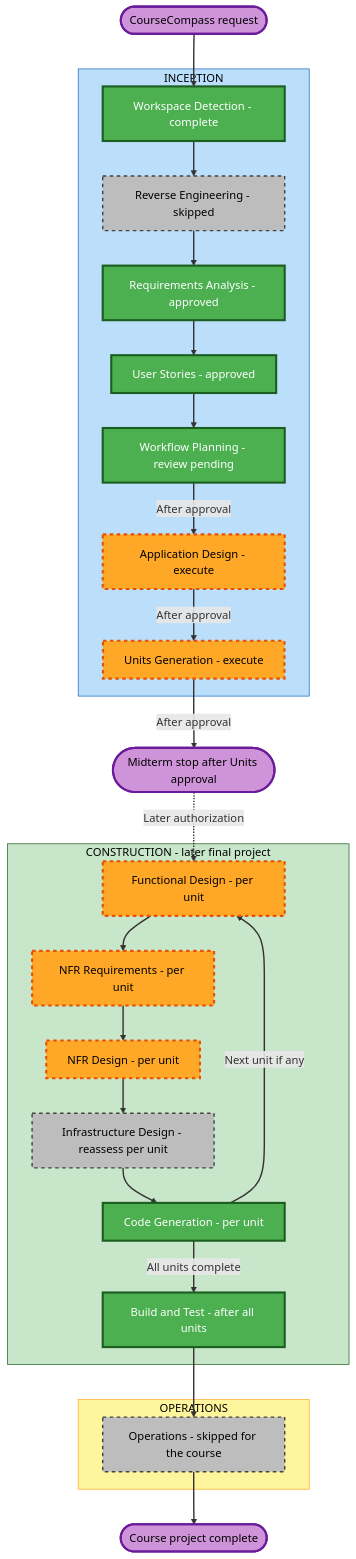
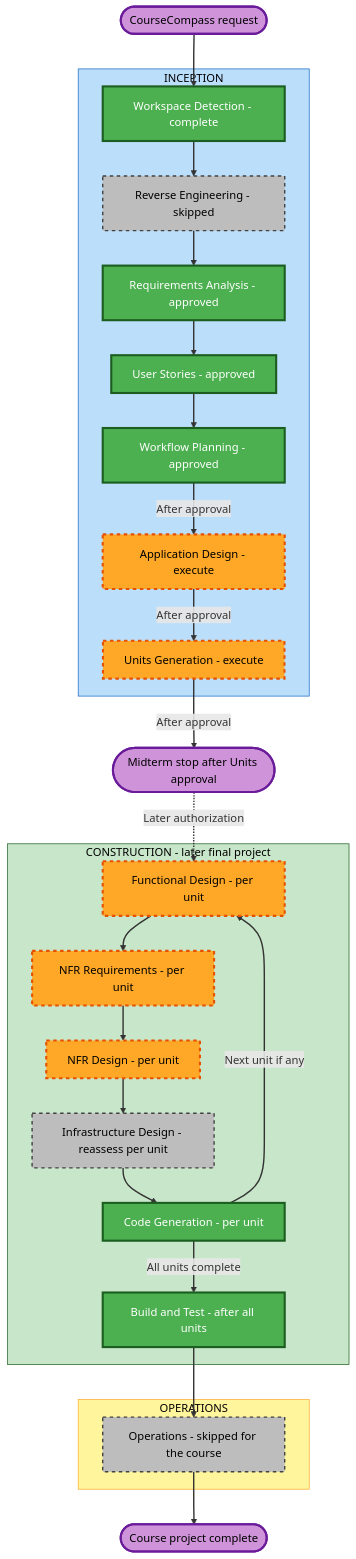
One commit to ZengziXU-design/INFO5940-project changed the diagram in aidlc-docs/inception/plans/execution-plan.md. Above: the diagram before and after it, drawn with Mermaid. The commit also changed other lines of this file and 9 other files, not shown here.

````diff
--- a/aidlc-docs/inception/plans/execution-plan.md
+++ b/aidlc-docs/inception/plans/execution-plan.md
@@ -37,64 +37,64 @@
 ```mermaid
 flowchart TD
     Start(["CourseCompass request"])
     subgraph INCEPTION["INCEPTION"]
         WD["Workspace Detection - complete"]
         RE["Reverse Engineering - skipped"]
         RA["Requirements Analysis - approved"]
         US["User Stories - approved"]
-        WP["Workflow Planning - review pending"]
+        WP["Workflow Planning - approved"]
         AD["Application Design - execute"]
         UG["Units Generation - execute"]
     end
     Midterm(["Midterm stop after Units approval"])
     subgraph CONSTRUCTION["CONSTRUCTION - later final project"]
         FD["Functional Design - per unit"]
         NR["NFR Requirements - per unit"]
         ND["NFR Design - per unit"]
         ID["Infrastructure Design - reassess per unit"]
         CG["Code Generation - per unit"]
         BT["Build and Test - after all units"]
     end
     subgraph OPERATIONS["OPERATIONS"]
         OPS["Operations - skipped for the course"]
     end
     Final(["Course project complete"])
     Start --> WD
     WD --> RE
     RE --> RA
     RA --> US
     US --> WP
     WP -->|After approval| AD
     AD -->|After approval| UG
     UG -->|After approval| Midterm
     Midterm -.->|Later authorization| FD
     FD --> NR
     NR --> ND
     ND --> ID
     ID --> CG
     CG -->|Next unit if any| FD
     CG -->|All units complete| BT
     BT --> OPS
     OPS --> Final
     style Start fill:#CE93D8,stroke:#6A1B9A,stroke-width:3px,color:#000
     style Midterm fill:#CE93D8,stroke:#6A1B9A,stroke-width:3px,color:#000
     style Final fill:#CE93D8,stroke:#6A1B9A,stroke-width:3px,color:#000
     style INCEPTION fill:#BBDEFB,stroke:#1565C0,color:#000
     style CONSTRUCTION fill:#C8E6C9,stroke:#1B5E20,color:#000
     style OPERATIONS fill:#FFF59D,stroke:#F9A825,color:#000
     style WD fill:#4CAF50,stroke:#1B5E20,stroke-width:3px,color:#fff
     style RE fill:#BDBDBD,stroke:#424242,stroke-width:2px,stroke-dasharray:5 5,color:#000
     style RA fill:#4CAF50,stroke:#1B5E20,stroke-width:3px,color:#fff
     style US fill:#4CAF50,stroke:#1B5E20,stroke-width:3px,color:#fff
     style WP fill:#4CAF50,stroke:#1B5E20,stroke-width:3px,color:#fff
     style AD fill:#FFA726,stroke:#E65100,stroke-width:3px,stroke-dasharray:5 5,color:#000
     style UG fill:#FFA726,stroke:#E65100,stroke-width:3px,stroke-dasharray:5 5,color:#000
     style FD fill:#FFA726,stroke:#E65100,stroke-width:3px,stroke-dasharray:5 5,color:#000
     style NR fill:#FFA726,stroke:#E65100,stroke-width:3px,stroke-dasharray:5 5,color:#000
     style ND fill:#FFA726,stroke:#E65100,stroke-width:3px,stroke-dasharray:5 5,color:#000
     style ID fill:#BDBDBD,stroke:#424242,stroke-width:2px,stroke-dasharray:5 5,color:#000
     style CG fill:#4CAF50,stroke:#1B5E20,stroke-width:3px,color:#fff
     style BT fill:#4CAF50,stroke:#1B5E20,stroke-width:3px,color:#fff
     style OPS fill:#BDBDBD,stroke:#424242,stroke-width:2px,stroke-dasharray:5 5,color:#000
     linkStyle default stroke:#333,stroke-width:2px
 ```
````
